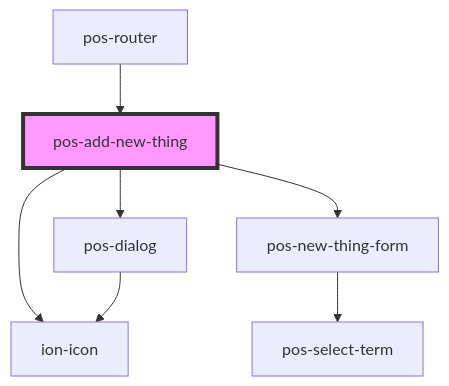
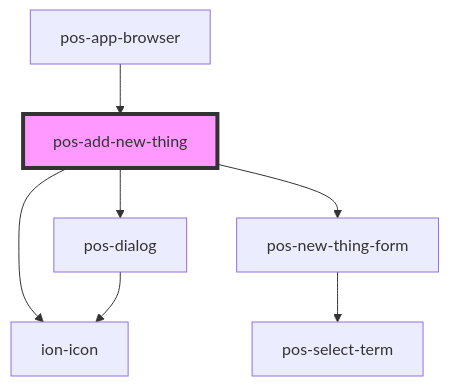
The diagram in docs/elements/components/pos-add-new-thing/readme.md (pod-os/PodOS), drawn with Mermaid before and after one commit. The commit also changed other lines of this file and 6 other files, not shown here.

````diff
--- a/docs/elements/components/pos-add-new-thing/readme.md
+++ b/docs/elements/components/pos-add-new-thing/readme.md
@@ -28,10 +28,10 @@
 ```mermaid
 graph TD;
   pos-add-new-thing --> ion-icon
   pos-add-new-thing --> pos-dialog
   pos-add-new-thing --> pos-new-thing-form
   pos-dialog --> ion-icon
   pos-new-thing-form --> pos-select-term
-  pos-router --> pos-add-new-thing
+  pos-app-browser --> pos-add-new-thing
   style pos-add-new-thing fill:#f9f,stroke:#333,stroke-width:4px
 ```
````
